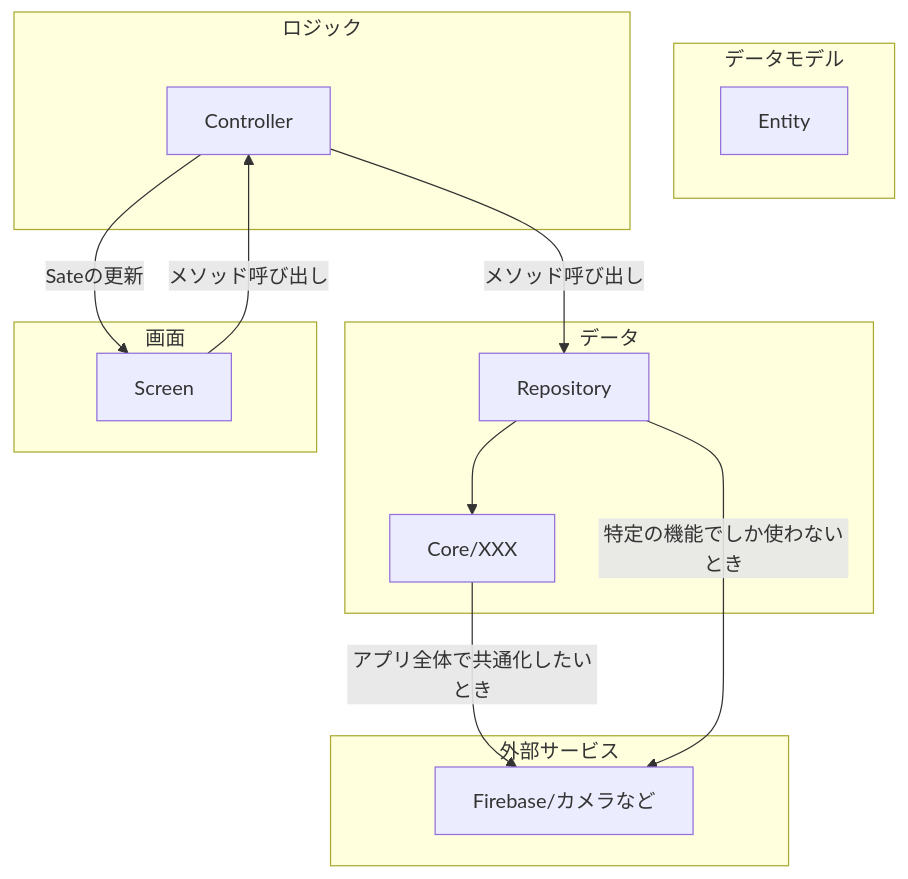
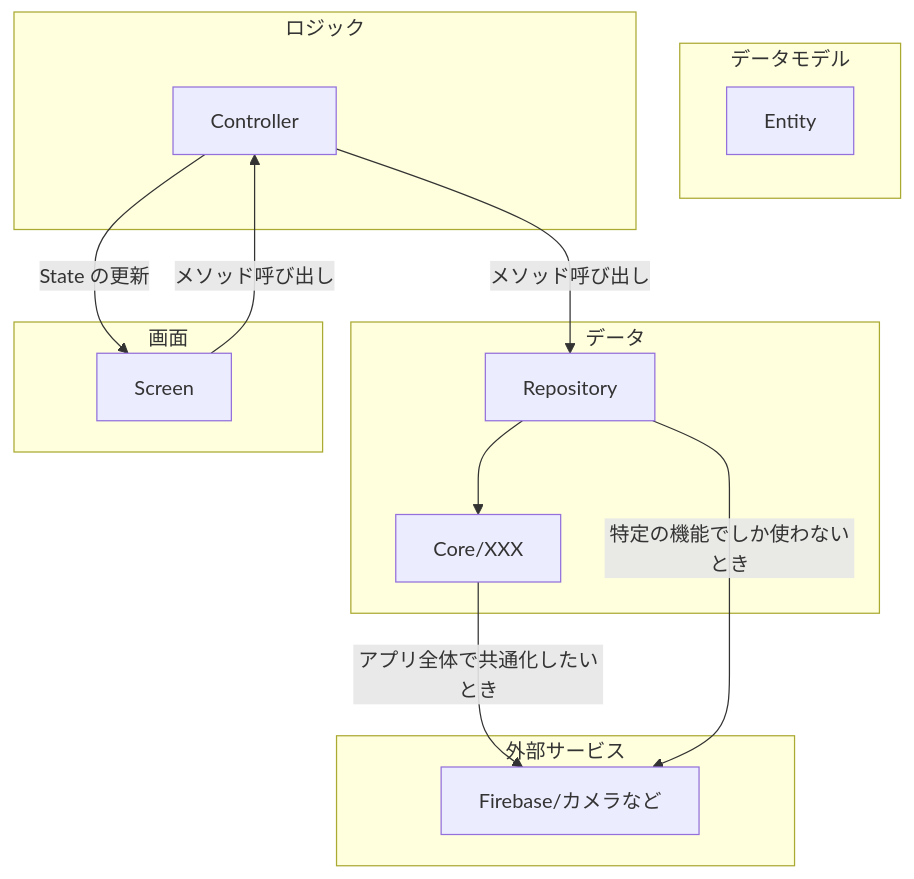
Before and after one commit to atahatah/cheers-planner: the diagram in flutter/README.md, drawn with Mermaid. The commit also changed other lines of this file, not shown here.

````diff
--- a/flutter/README.md
+++ b/flutter/README.md
@@ -52,30 +55,30 @@
 ```mermaid
 flowchart TB
   subgraph "データモデル"
     Entity
   end
 
   subgraph "外部サービス"
     FS[Firebase/カメラなど]
   end
 
   subgraph "データ"
     Core[Core/XXX]
     Repo[Repository]
   end
 
   subgraph "ロジック"
     Controller[Controller]
   end
 
   subgraph "画面"
     Screen[Screen]
   end
 
   Core -->|アプリ全体で共通化したいとき| FS
   Repo --> Core
   Repo -->|特定の機能でしか使わないとき| FS
   Controller -->|メソッド呼び出し| Repo
   Screen -->|メソッド呼び出し| Controller
-  Controller -->|Sateの更新| Screen
+  Controller -->|State の更新| Screen
 ```
````
